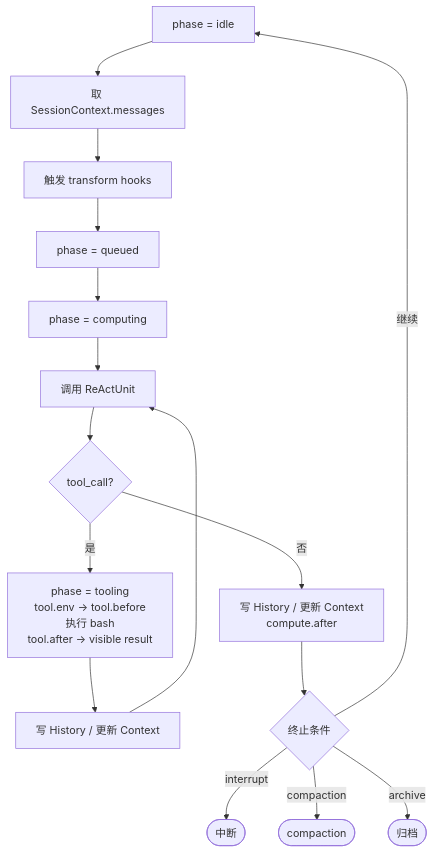
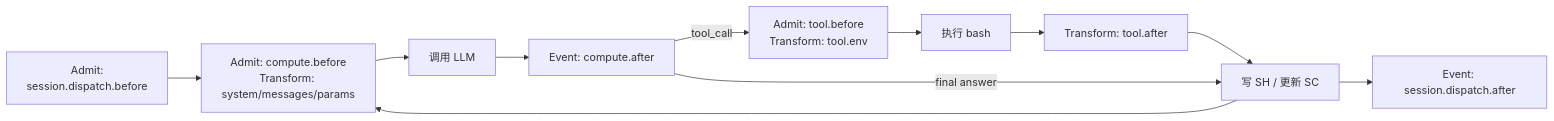
One commit to Huafucius/EvoPalantir changed the fourth of 8 diagrams in AgentOS/docs/charter.md. Above: the diagram before and after it, drawn with Mermaid. The commit also changed other lines of this file and 4 other files, not shown here.

````diff
--- a/AgentOS/docs/charter.md
+++ b/AgentOS/docs/charter.md
@@ -381,39 +249,16 @@
 ```mermaid
-flowchart TD
-    IDLE["phase = idle"]
-    GET["取 SessionContext.messages"]
-    TRANSFORM["触发 transform hooks"]
-    QUEUE["phase = queued"]
-    SCHED["phase = computing"]
-    RU["调用 ReActUnit"]
-    BASH{tool_call?}
+flowchart LR
+    A["Admit:\nsession.dispatch.before"]
+    B["Admit: compute.before\nTransform: system/messages/params"]
+    D["调用 LLM"]
+    E["Event: compute.after"]
+    F["Admit: tool.before\nTransform: tool.env"]
+    G["执行 bash"]
+    H["Transform: tool.after"]
+    I["写 SH / 更新 SC"]
+    J["Event: session.dispatch.after"]
 
-    TOOLING["phase = tooling\ntool.env → tool.before\n执行 bash\ntool.after → visible result"]
-    WRITE_TOOL["写 History / 更新 Context"]
-
-    WRITE_MSG["写 History / 更新 Context\ncompute.after"]
-    CHECK{终止条件}
-
-    INTERRUPT(["中断"])
-    COMPACT(["compaction"])
-    ARCHIVE(["归档"])
-
-    IDLE --> GET
-    GET --> TRANSFORM
-    TRANSFORM --> QUEUE
-    QUEUE --> SCHED
-    SCHED --> RU
-    RU --> BASH
-
-    BASH -->|是| TOOLING
-    TOOLING --> WRITE_TOOL
-    WRITE_TOOL --> RU
-
-    BASH -->|否| WRITE_MSG
-    WRITE_MSG --> CHECK
-
-    CHECK -->|继续| IDLE
-    CHECK -->|interrupt| INTERRUPT
-    CHECK -->|compaction| COMPACT
-    CHECK -->|archive| ARCHIVE
+    A --> B --> D --> E
+    E -->|tool_call| F --> G --> H --> I --> B
+    E -->|final answer| I --> J
 ```
````
